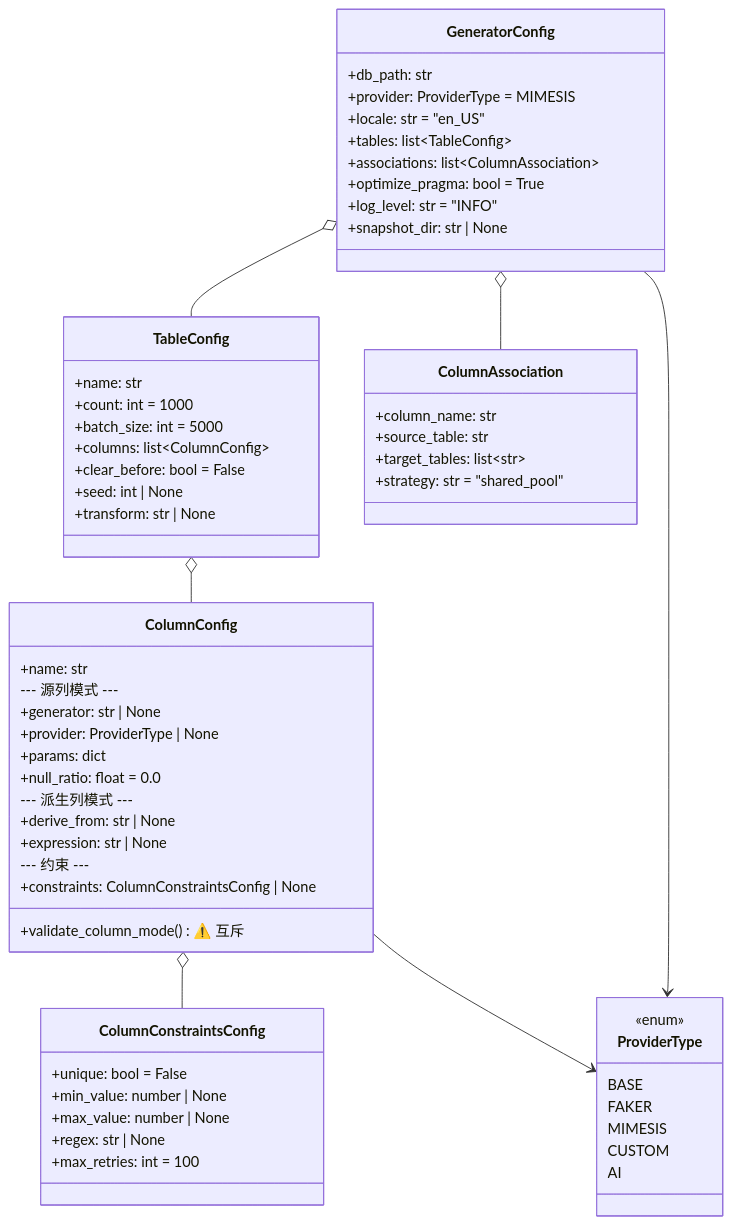
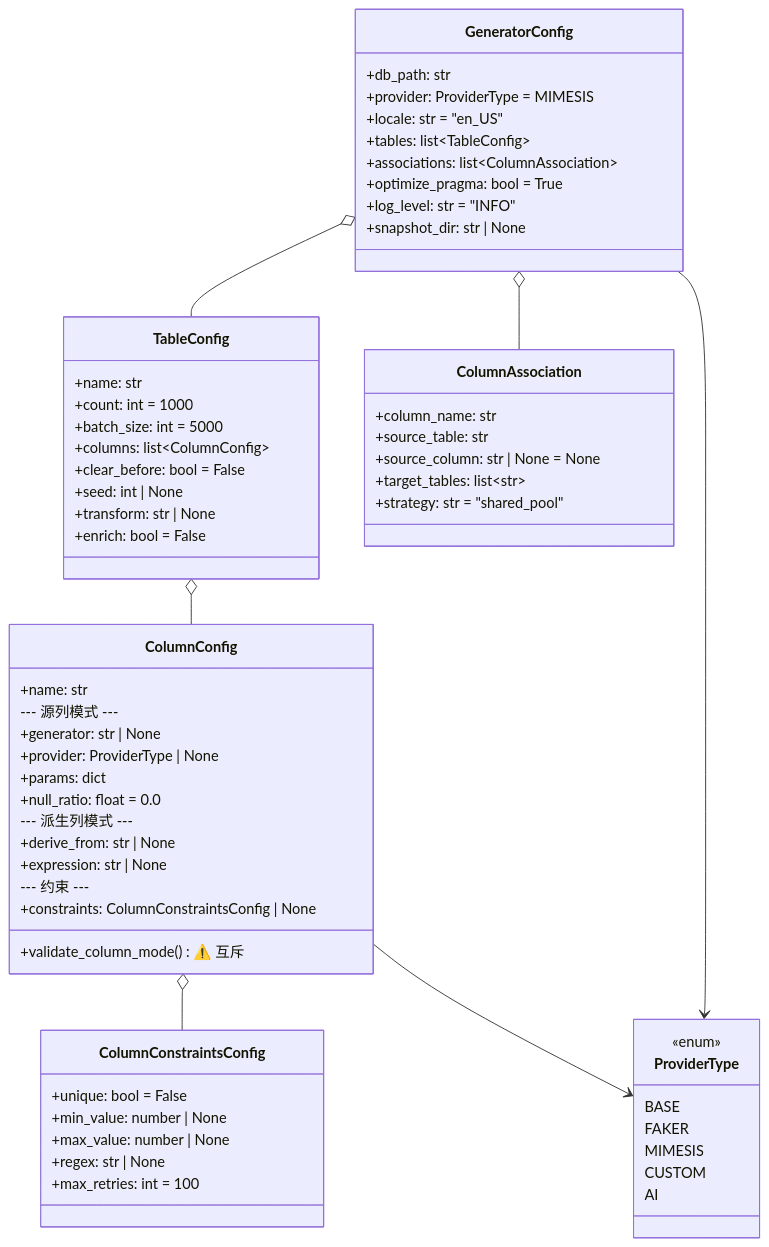
Before and after one commit to sunbos/sqlseed: the ninth of 10 diagrams in docs/architecture.md, drawn with Mermaid. The commit also changed other lines of this file, not shown here.

First line of the commit message:
docs: sync architecture.md with source code

````diff
--- a/docs/architecture.md
+++ b/docs/architecture.md
@@ -535,69 +540,71 @@
 ```mermaid
 classDiagram
     class GeneratorConfig {
         +db_path: str
         +provider: ProviderType = MIMESIS
         +locale: str = "en_US"
         +tables: list~TableConfig~
         +associations: list~ColumnAssociation~
         +optimize_pragma: bool = True
         +log_level: str = "INFO"
         +snapshot_dir: str | None
     }
 
     class TableConfig {
         +name: str
         +count: int = 1000
         +batch_size: int = 5000
         +columns: list~ColumnConfig~
         +clear_before: bool = False
         +seed: int | None
         +transform: str | None
+        +enrich: bool = False
     }
 
     class ColumnConfig {
         +name: str
         --- 源列模式 ---
         +generator: str | None
         +provider: ProviderType | None
         +params: dict
         +null_ratio: float = 0.0
         --- 派生列模式 ---
         +derive_from: str | None
         +expression: str | None
         --- 约束 ---
         +constraints: ColumnConstraintsConfig | None
         +validate_column_mode() ⚠️ 互斥
     }
 
     class ColumnConstraintsConfig {
         +unique: bool = False
         +min_value: number | None
         +max_value: number | None
         +regex: str | None
         +max_retries: int = 100
     }
 
     class ColumnAssociation {
         +column_name: str
         +source_table: str
+        +source_column: str | None = None
         +target_tables: list~str~
         +strategy: str = "shared_pool"
     }
 
     class ProviderType {
         <<enum>>
         BASE
         FAKER
         MIMESIS
         CUSTOM
         AI
     }
 
     GeneratorConfig o-- TableConfig
     GeneratorConfig o-- ColumnAssociation
     GeneratorConfig --> ProviderType
     TableConfig o-- ColumnConfig
     ColumnConfig o-- ColumnConstraintsConfig
     ColumnConfig --> ProviderType
 ```
````
